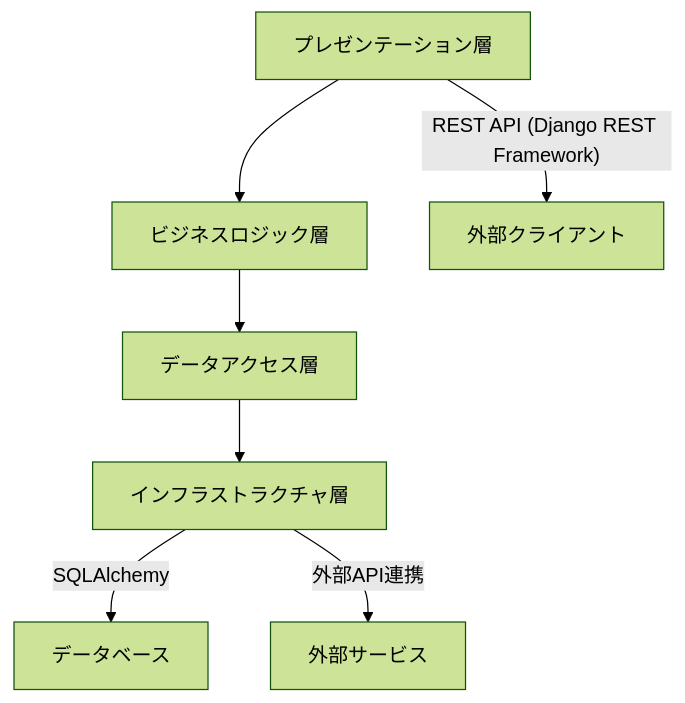
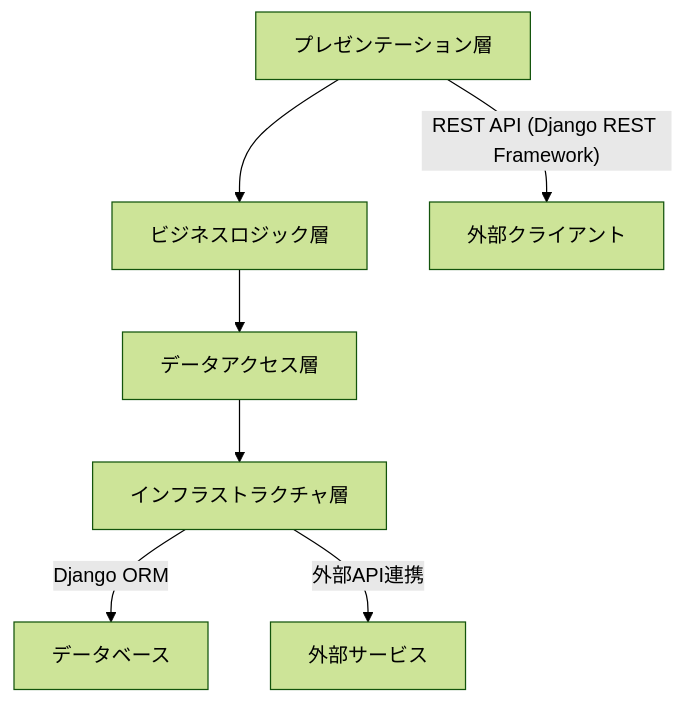
One commit to junpatch/PriceAlert changed the first of 2 diagrams in docs/detailed_design_backend.md. Above: the diagram before and after it, drawn with Mermaid (forest theme). The commit also changed other lines of this file and 4 other files, not shown here.

````diff
--- a/docs/detailed_design_backend.md
+++ b/docs/detailed_design_backend.md
@@ -13,10 +13,10 @@
 ```mermaid
 graph TD
     A[プレゼンテーション層] --> B[ビジネスロジック層]
     B --> C[データアクセス層]
     C --> D[インフラストラクチャ層]
 
     A --> |"REST API (Django REST Framework)"| AA[外部クライアント]
-    D --> |"SQLAlchemy"| DD[データベース]
+    D --> |"Django ORM"| DD[データベース]
     D --> |"外部API連携"| EE[外部サービス]
 ```
````
